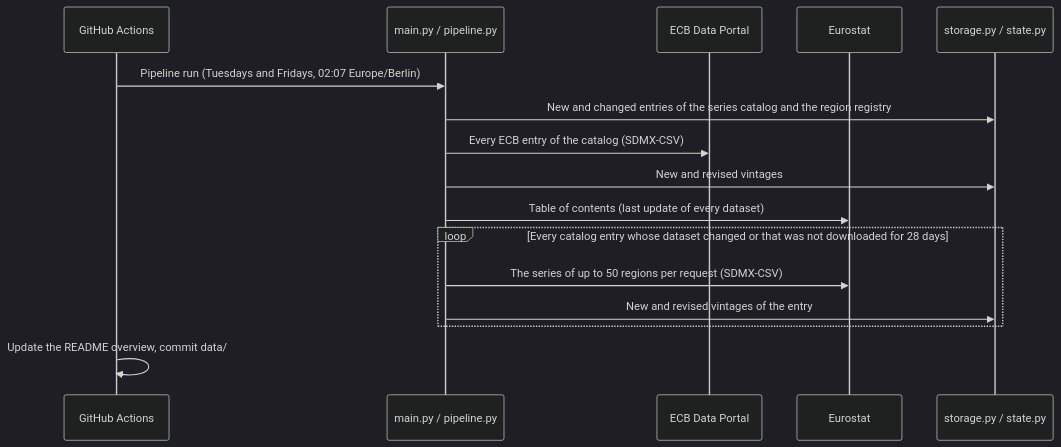
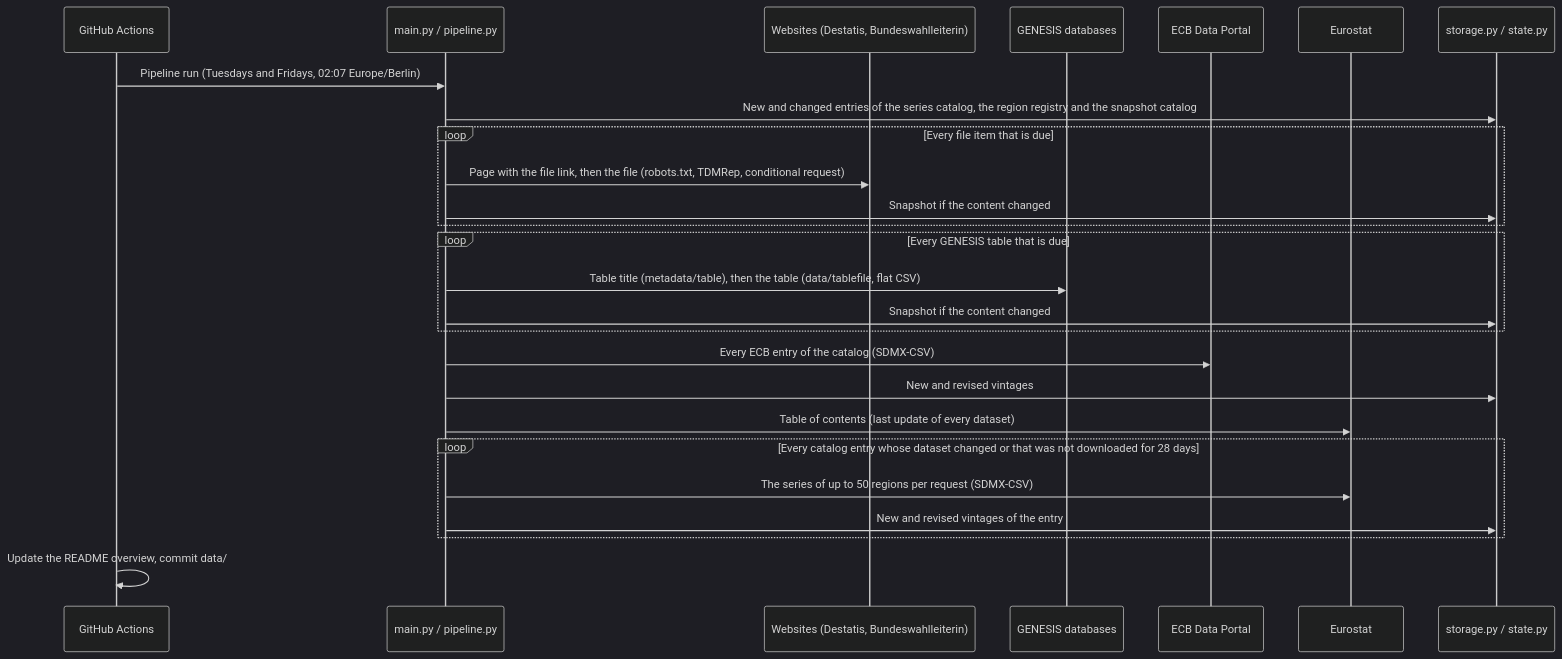
The second of 2 diagrams in README.md (kleinnconrad/dataset.sociodemographics.germany), drawn with Mermaid (dark theme) before and after one commit. The commit also changed other lines of this file and 24 other files, not shown here.

````diff
--- a/README.md
+++ b/README.md
@@ -356,19 +511,29 @@
 ```mermaid
 sequenceDiagram
     participant Action as GitHub Actions
     participant Run as main.py / pipeline.py
+    participant Web as Websites (Destatis, Bundeswahlleiterin)
+    participant Genesis as GENESIS databases
     participant ECB as ECB Data Portal
     participant Eurostat as Eurostat
     participant Store as storage.py / state.py
 
     Action->>Run: Pipeline run (Tuesdays and Fridays, 02:07 Europe/Berlin)
-    Run->>Store: New and changed entries of the series catalog and the region registry
+    Run->>Store: New and changed entries of the series catalog, the region registry and the snapshot catalog
+    loop Every file item that is due
+        Run->>Web: Page with the file link, then the file (robots.txt, TDMRep, conditional request)
+        Run->>Store: Snapshot if the content changed
+    end
+    loop Every GENESIS table that is due
+        Run->>Genesis: Table title (metadata/table), then the table (data/tablefile, flat CSV)
+        Run->>Store: Snapshot if the content changed
+    end
     Run->>ECB: Every ECB entry of the catalog (SDMX-CSV)
     Run->>Store: New and revised vintages
     Run->>Eurostat: Table of contents (last update of every dataset)
     loop Every catalog entry whose dataset changed or that was not downloaded for 28 days
         Run->>Eurostat: The series of up to 50 regions per request (SDMX-CSV)
         Run->>Store: New and revised vintages of the entry
     end
     Action->>Action: Update the README overview, commit data/
 ```
````
